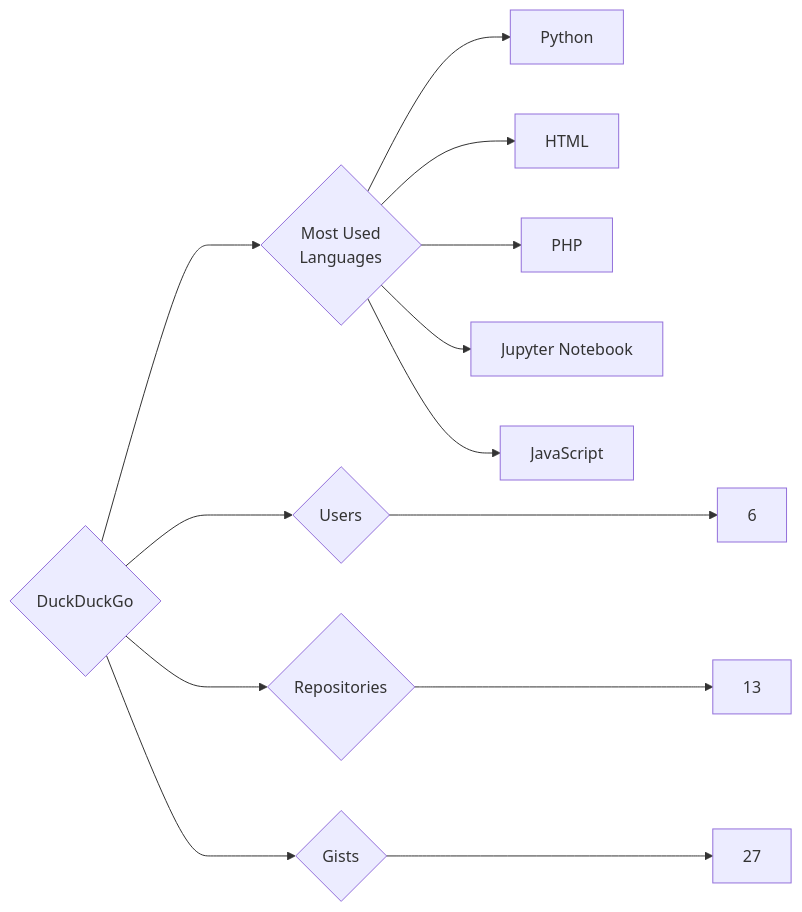
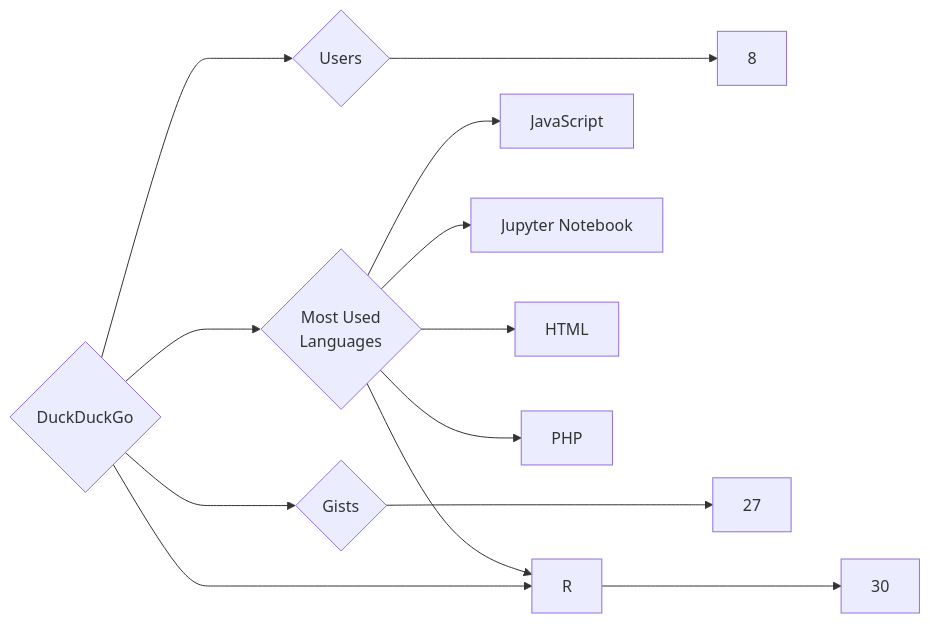
The diagram in targets/DuckDuckGo/README.md (trickest/insiders), drawn with Mermaid before and after one commit. The commit also changed 1170 other files, not shown here.

````diff
--- a/targets/DuckDuckGo/README.md
+++ b/targets/DuckDuckGo/README.md
@@ -3,13 +3,13 @@
 ```mermaid
 graph LR
 COMPANY_NAME{DuckDuckGo}
-COMPANY_NAME ---> U{Users} ---> UN[6]
-COMPANY_NAME ---> R{Repositories} ---> RN[13]
+COMPANY_NAME ---> U{Users} ---> UN[8]
+COMPANY_NAME ---> R{Repositories} ---> RN[30]
 COMPANY_NAME ---> G{Gists} ---> GN[27]
 COMPANY_NAME ---> ML{Most Used<br>Languages}
-ML --> Python[Python]
+ML --> JavaScript[JavaScript]
+ML --> Jupyter_Notebook[Jupyter Notebook]
 ML --> HTML[HTML]
 ML --> PHP[PHP]
-ML --> Jupyter_Notebook[Jupyter Notebook]
-ML --> JavaScript[JavaScript]
+ML --> R[R]
 ```
````
